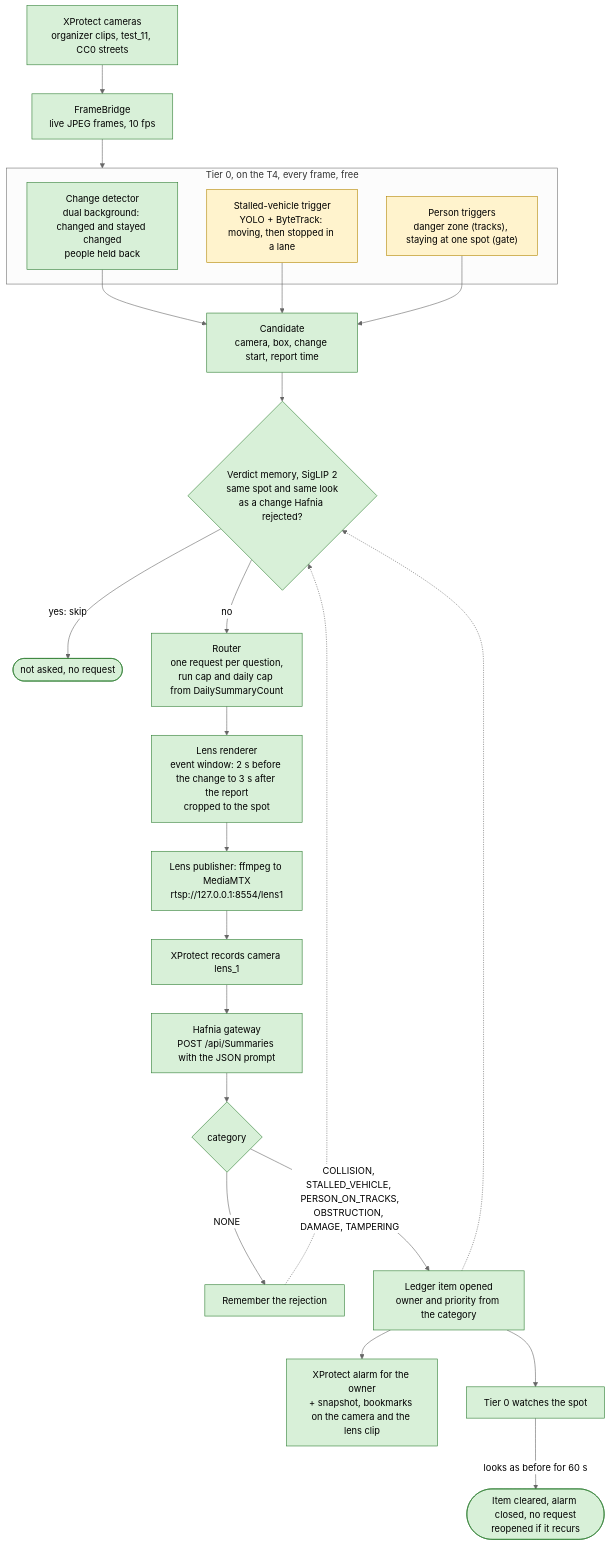
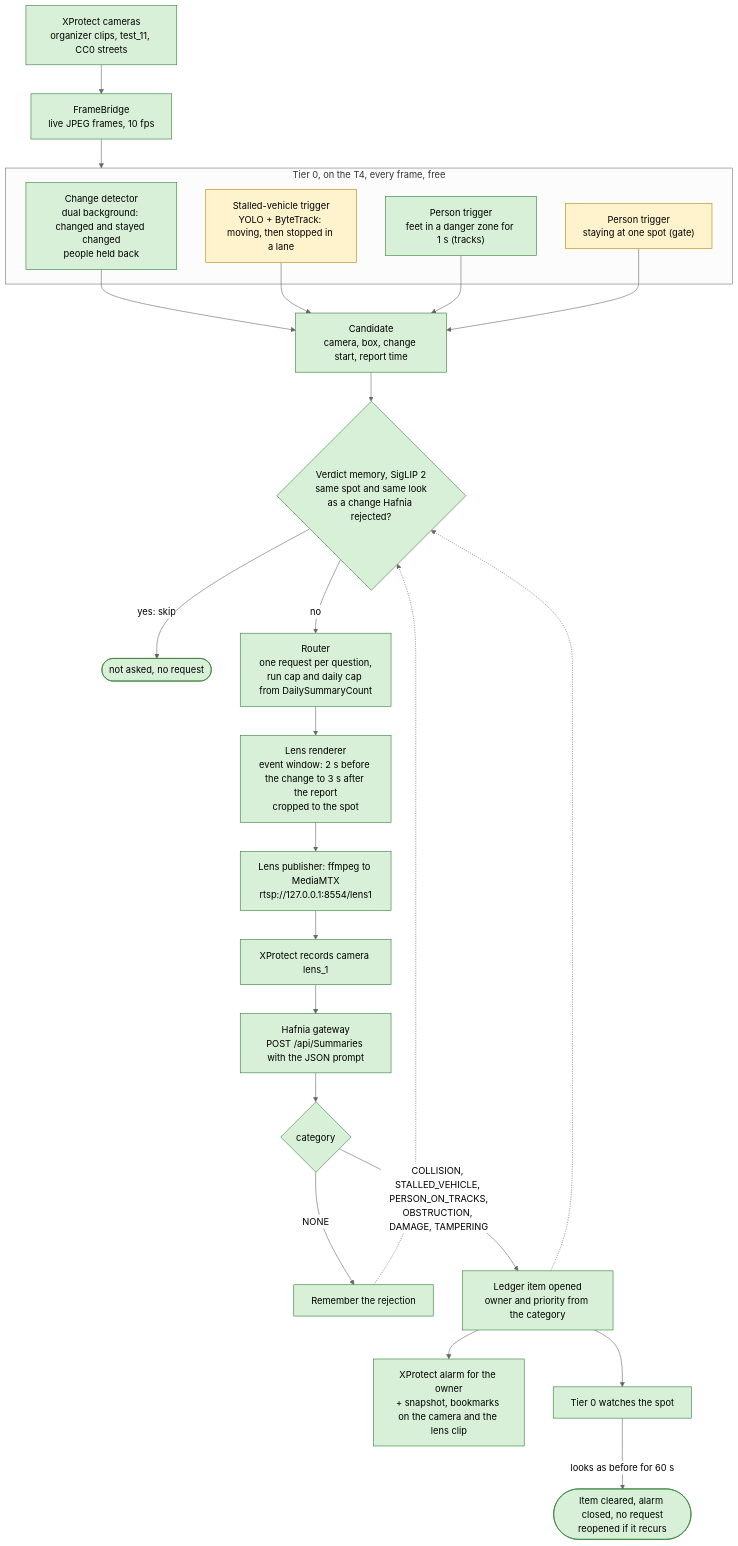
One commit to 1ho0jin1/clearway-hafnia changed the diagram in docs/PLAN-C.md. Above: the diagram before and after it, drawn with Mermaid (neutral theme). The commit also changed other lines of this file and 18 other files, not shown here.

First line of the commit message:
Person on the tracks (F5): danger-zone trigger, live with Hafnia

````diff
--- a/docs/PLAN-C.md
+++ b/docs/PLAN-C.md
@@ -54,35 +54,37 @@
 ```mermaid
 flowchart TD
     CAM["XProtect cameras<br/>organizer clips, test_11, CC0 streets"] --> FB["FrameBridge<br/>live JPEG frames, 10 fps"]
     FB --> T0
 
     subgraph T0["Tier 0, on the T4, every frame, free"]
         CD["Change detector<br/>dual background: changed and stayed changed<br/>people held back"]
         SV["Stalled-vehicle trigger<br/>YOLO + ByteTrack: moving, then stopped in a lane"]
-        PT["Person triggers<br/>danger zone (tracks), staying at one spot (gate)"]
+        PT["Person trigger<br/>feet in a danger zone for 1 s (tracks)"]
+        PS["Person trigger<br/>staying at one spot (gate)"]
     end
 
     CD --> CAND["Candidate<br/>camera, box, change start, report time"]
     SV --> CAND
     PT --> CAND
+    PS --> CAND
     CAND --> MEM{"Verdict memory, SigLIP 2<br/>same spot and same look<br/>as a change Hafnia rejected?"}
     MEM -- "yes: skip" --> DROP(["not asked, no request"])
     MEM -- no --> RT["Router<br/>one request per question,<br/>run cap and daily cap from DailySummaryCount"]
     RT --> LENS["Lens renderer<br/>event window: 2 s before the change to 3 s after the report<br/>cropped to the spot"]
     LENS --> PUB["Lens publisher: ffmpeg to MediaMTX<br/>rtsp://127.0.0.1:8554/lens1"]
     PUB --> L1["XProtect records camera lens_1"]
     L1 --> GW["Hafnia gateway<br/>POST /api/Summaries with the JSON prompt"]
     GW --> ANS{"category"}
     ANS -- NONE --> REJ["Remember the rejection"]
     REJ -.-> MEM
     ANS -- "COLLISION, STALLED_VEHICLE, PERSON_ON_TRACKS,<br/>OBSTRUCTION, DAMAGE, TAMPERING" --> ITEM["Ledger item opened<br/>owner and priority from the category"]
     ITEM --> ALARM["XProtect alarm for the owner<br/>+ snapshot, bookmarks on the camera and the lens clip"]
     ITEM -.-> MEM
     ITEM --> WATCH["Tier 0 watches the spot"]
     WATCH -- "looks as before for 60 s" --> CLOSE(["Item cleared, alarm closed, no request<br/>reopened if it recurs"])
 
     classDef built fill:#d8f0d8,stroke:#2e7d32,color:#000
     classDef planned fill:#fff3cd,stroke:#b38600,color:#000
-    class CAM,FB,CD,CAND,MEM,DROP,RT,LENS,PUB,L1,GW,ANS,REJ,ITEM,WATCH,ALARM,CLOSE built
-    class SV,PT planned
+    class CAM,FB,CD,PT,CAND,MEM,DROP,RT,LENS,PUB,L1,GW,ANS,REJ,ITEM,WATCH,ALARM,CLOSE built
+    class SV,PS planned
 ```
````
